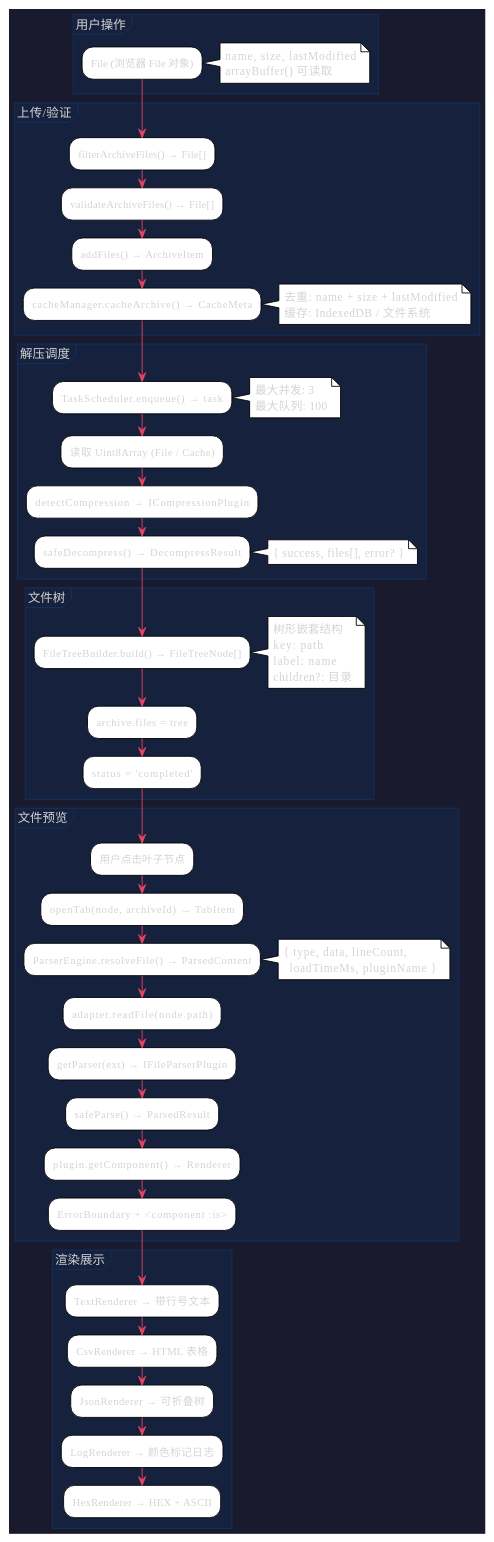
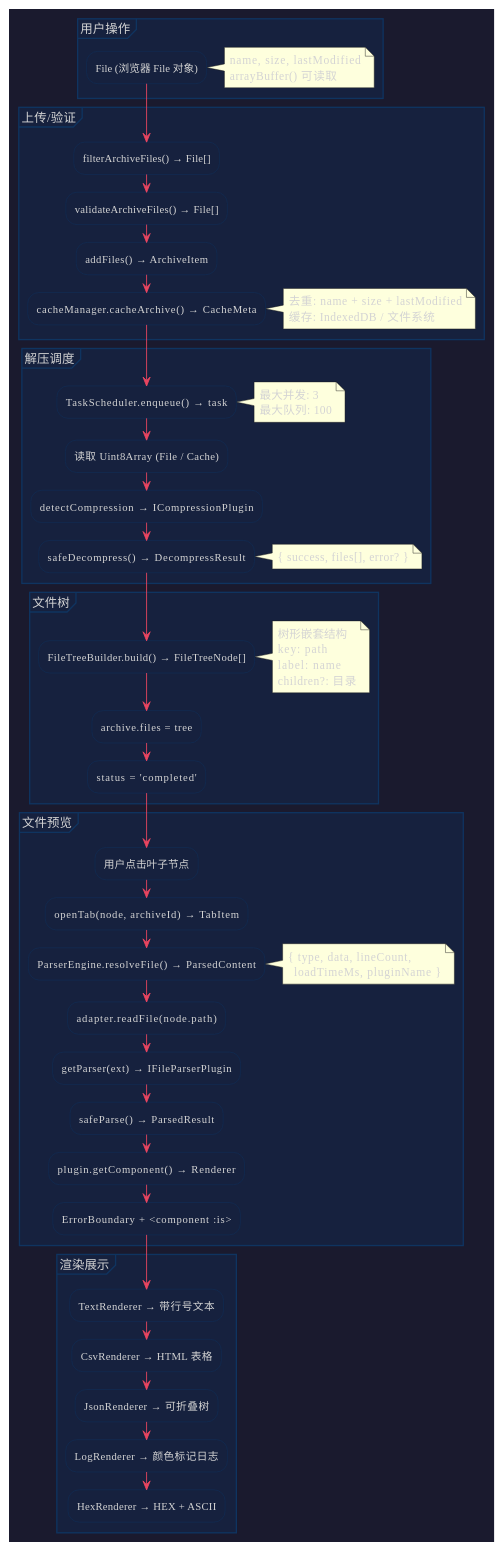
Before and after one commit to taoweidong/Hello-Tauri: diagram 12 of 12 in docs/decompress-preview-flow.md, drawn with PlantUML. The commit also changed other lines of this file and 11 other files, not shown here.

````diff
--- a/docs/decompress-preview-flow.md
+++ b/docs/decompress-preview-flow.md
@@ -1032,80 +1024,81 @@
 ```plantuml
 @startuml 端到端数据流转
-!theme plain
 skinparam backgroundColor #1a1a2e
 skinparam defaultFontName Microsoft YaHei
 skinparam defaultFontColor #d4d4d4
+skinparam activityBorderColor #0f3460
+skinparam activityBackgroundColor #16213e
 skinparam partitionBackgroundColor #16213e
 skinparam partitionBorderColor #0f3460
 skinparam arrowColor #e94560
 
 partition "用户操作" {
   :File (浏览器 File 对象);
   note right
     name, size, lastModified
     arrayBuffer() 可读取
   end note
 }
 
 partition "上传/验证" {
   :filterArchiveFiles() → File[];
   :validateArchiveFiles() → File[];
   :addFiles() → ArchiveItem;
   :cacheManager.cacheArchive() → CacheMeta;
   note right
     去重: name + size + lastModified
     缓存: IndexedDB / 文件系统
   end note
 }
 
 partition "解压调度" {
   :TaskScheduler.enqueue() → task;
   note right
     最大并发: 3
     最大队列: 100
   end note
   :读取 Uint8Array (File / Cache);
   :detectCompression → ICompressionPlugin;
   :safeDecompress() → DecompressResult;
   note right
     { success, files[], error? }
   end note
 }
 
 partition "文件树" {
   :FileTreeBuilder.build() → FileTreeNode[];
   note right
     树形嵌套结构
     key: path
     label: name
     children?: 目录
   end note
   :archive.files = tree;
   :status = 'completed';
 }
 
 partition "文件预览" {
   :用户点击叶子节点;
   :openTab(node, archiveId) → TabItem;
   :ParserEngine.resolveFile() → ParsedContent;
   note right
     { type, data, lineCount,
       loadTimeMs, pluginName }
   end note
   :adapter.readFile(node.path);
   :getParser(ext) → IFileParserPlugin;
   :safeParse() → ParsedResult;
   :plugin.getComponent() → Renderer;
   :ErrorBoundary + <component :is>;
 }
 
 partition "渲染展示" {
   :TextRenderer → 带行号文本;
   :CsvRenderer → HTML 表格;
   :JsonRenderer → 可折叠树;
   :LogRenderer → 颜色标记日志;
   :HexRenderer → HEX + ASCII;
 }
 
 @enduml
 ```
````
